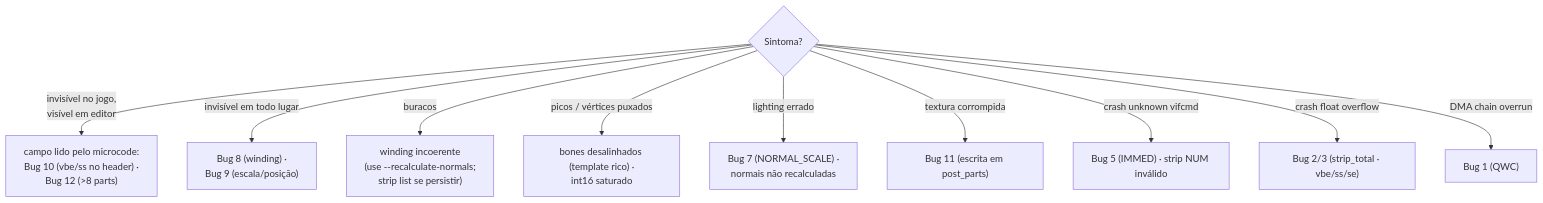
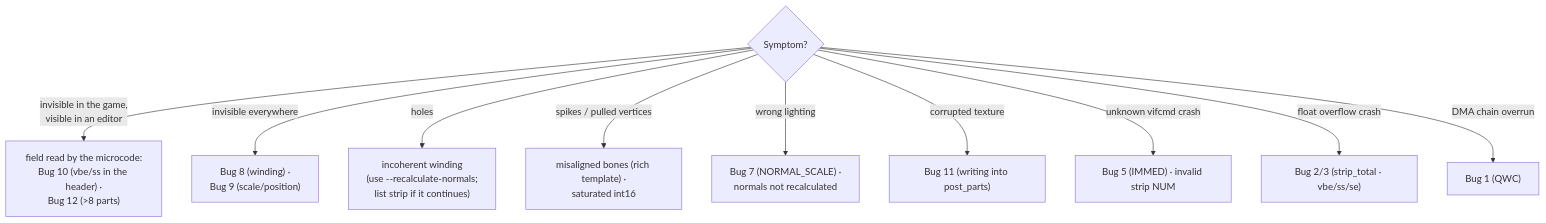
Before and after one commit to FVitor7/wepes3d: the first of 3 diagrams in docs/07-debugging-guide.md, drawn with Mermaid. The commit also changed other lines of this file and 30 other files, not shown here.

````diff
--- a/docs/07-debugging-guide.md
+++ b/docs/07-debugging-guide.md
@@ -5,13 +6,13 @@
 ```mermaid
 flowchart TD
-    S{"Sintoma?"}
-    S -->|"invisível no jogo,<br/>visível em editor"| C1["campo lido pelo microcode:<br/>Bug 10 (vbe/ss no header) ·<br/>Bug 12 (>8 parts)"]
-    S -->|"invisível em todo lugar"| C2["Bug 8 (winding) ·<br/>Bug 9 (escala/posição)"]
-    S -->|"buracos"| C3["winding incoerente<br/>(use --recalculate-normals;<br/>strip list se persistir)"]
-    S -->|"picos / vértices puxados"| C4["bones desalinhados (template rico) ·<br/>int16 saturado"]
-    S -->|"lighting errado"| C5["Bug 7 (NORMAL_SCALE) ·<br/>normais não recalculadas"]
-    S -->|"textura corrompida"| C6["Bug 11 (escrita em post_parts)"]
-    S -->|"crash unknown vifcmd"| C7["Bug 5 (IMMED) · strip NUM inválido"]
-    S -->|"crash float overflow"| C8["Bug 2/3 (strip_total · vbe/ss/se)"]
+    S{"Symptom?"}
+    S -->|"invisible in the game,<br/>visible in an editor"| C1["field read by the microcode:<br/>Bug 10 (vbe/ss in the header) ·<br/>Bug 12 (>8 parts)"]
+    S -->|"invisible everywhere"| C2["Bug 8 (winding) ·<br/>Bug 9 (scale/position)"]
+    S -->|"holes"| C3["incoherent winding<br/>(use --recalculate-normals;<br/>list strip if it continues)"]
+    S -->|"spikes / pulled vertices"| C4["misaligned bones (rich template) ·<br/>saturated int16"]
+    S -->|"wrong lighting"| C5["Bug 7 (NORMAL_SCALE) ·<br/>normals not recalculated"]
+    S -->|"corrupted texture"| C6["Bug 11 (writing into post_parts)"]
+    S -->|"unknown vifcmd crash"| C7["Bug 5 (IMMED) · invalid strip NUM"]
+    S -->|"float overflow crash"| C8["Bug 2/3 (strip_total · vbe/ss/se)"]
     S -->|"DMA chain overrun"| C9["Bug 1 (QWC)"]
 ```
````
